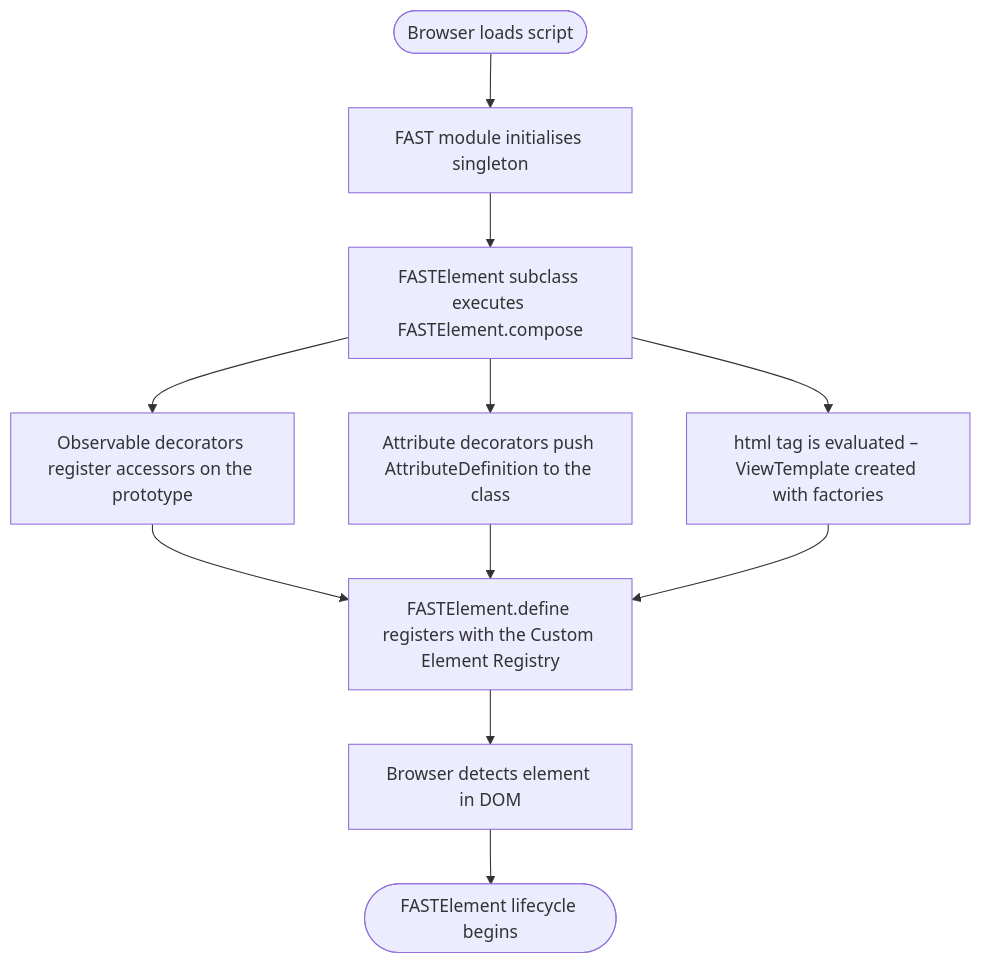
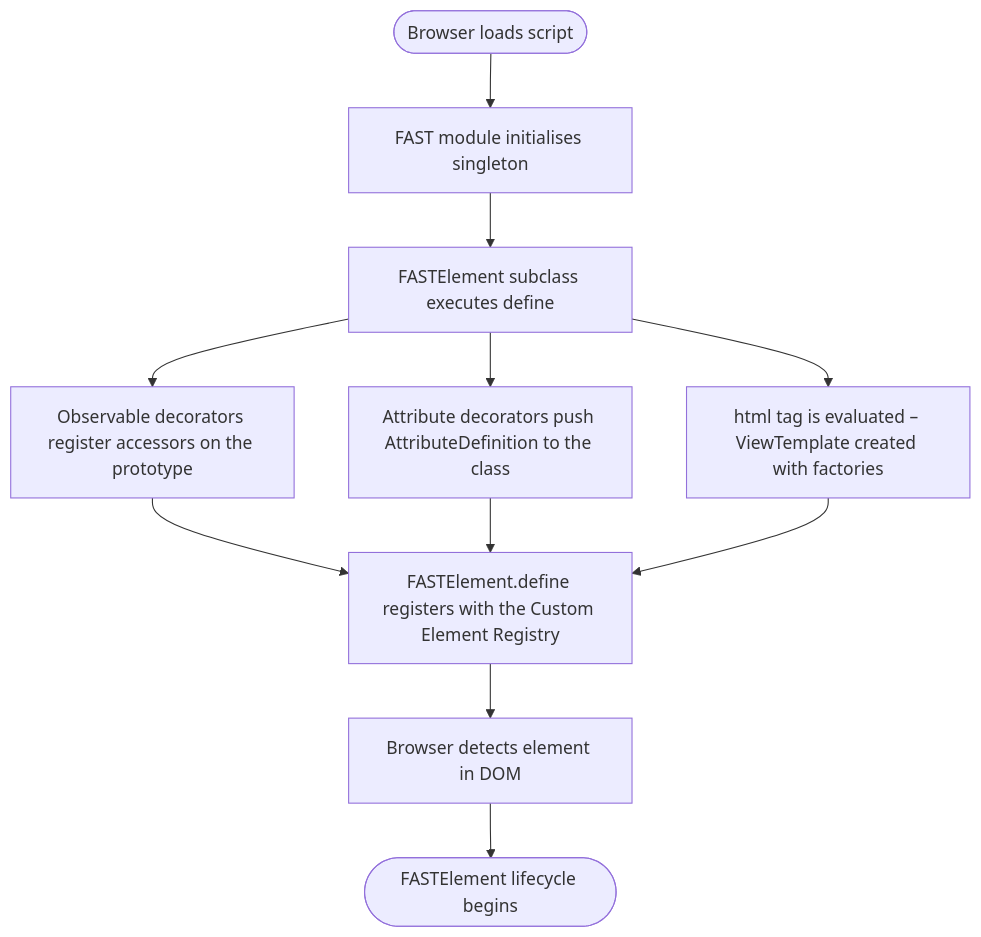
One commit to microsoft/fast changed the first of 4 diagrams in packages/fast-element/DESIGN.md. Above: the diagram before and after it, drawn with Mermaid. The commit also changed other lines of this file and 19 other files, not shown here.

First line of the commit message:
refactor(fast-element)!: remove FASTElement.compose (#7603)

````diff
--- a/packages/fast-element/DESIGN.md
+++ b/packages/fast-element/DESIGN.md
@@ -484,11 +484,11 @@
 ```mermaid
 flowchart TD
     A([Browser loads script]) --> B[FAST module initialises singleton]
-    B --> C[FASTElement subclass executes FASTElement.compose]
+    B --> C[FASTElement subclass executes define]
     C --> D[Observable decorators register accessors on the prototype]
     C --> E[Attribute decorators push AttributeDefinition to the class]
     C --> F[html tag is evaluated – ViewTemplate created with factories]
     D & E & F --> G[FASTElement.define registers with the Custom Element Registry]
     G --> H[Browser detects element in DOM]
     H --> I([FASTElement lifecycle begins])
 ```
````
